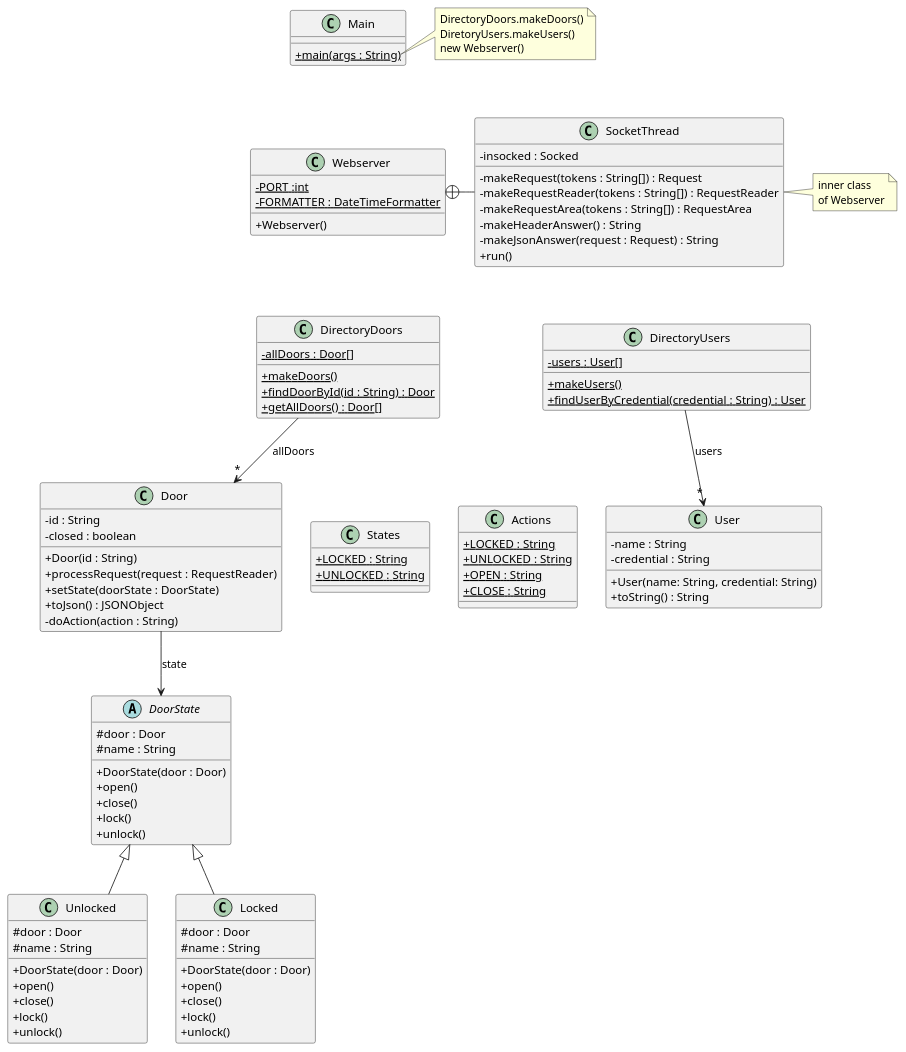
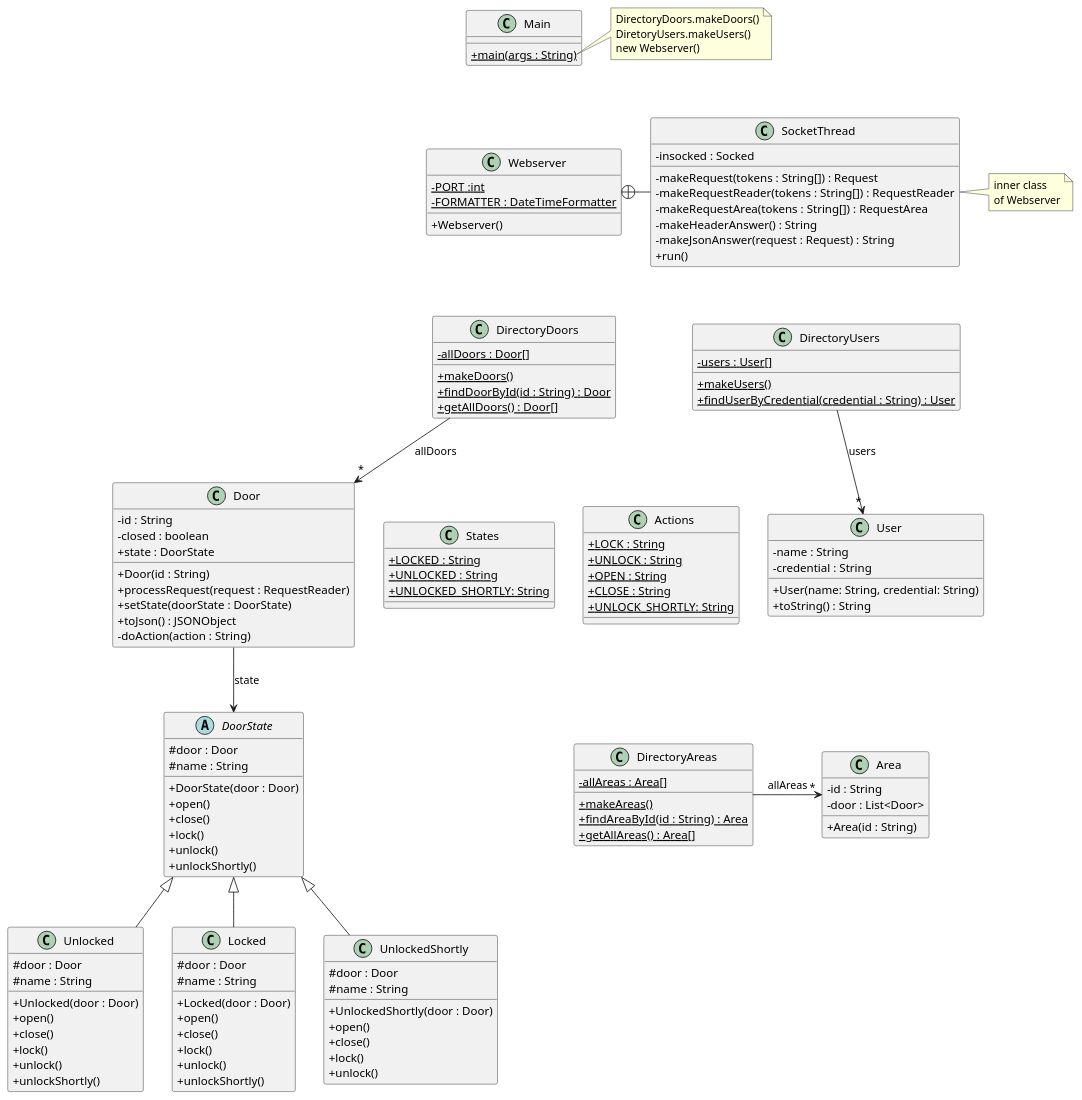
One commit to MC4MP02/ACS changed the diagram in src/baseNoStates/uml/base_no_states.puml. Above: the diagram before and after it, drawn with PlantUML. The commit also changed 1 other file, not shown here.

```diff
--- a/src/baseNoStates/uml/base_no_states.puml
+++ b/src/baseNoStates/uml/base_no_states.puml
@@ -1,125 +1,164 @@
 @startuml
 'https://plantuml.com/class-diagram
 skinparam classAttributeIconSize 0
 
 class Webserver {
 - {static} PORT :int
 - {static} FORMATTER : DateTimeFormatter
 + Webserver()
 }
 
 class SocketThread {
 - insocked : Socked
 - makeRequest(tokens : String[]) : Request
 - makeRequestReader(tokens : String[]) : RequestReader
 - makeRequestArea(tokens : String[]) : RequestArea
 - makeHeaderAnswer() : String
 - makeJsonAnswer(request : Request) : String
 + run()
 }
 
 Webserver +-right- SocketThread
 
 note right of SocketThread
 inner class
 of Webserver
 end note
 
 class DirectoryDoors {
 - {static} allDoors : Door[]
 + {static} makeDoors()
 + {static} findDoorById(id : String) : Door
 + {static} getAllDoors() : Door[]
 }
 
 DirectoryDoors --> "*" Door : "allDoors"
 
 class DirectoryUsers {
 - {static} users : User[]
 + {static} makeUsers()
 + {static} findUserByCredential(credential : String) : User
 }
 
 DirectoryUsers --> "*" User : "users"
 
 class Door {
 - id : String
 - closed : boolean
++ state : DoorState
 + Door(id : String)
 + processRequest(request : RequestReader)
 + setState(doorState : DoorState)
 + toJson() : JSONObject
 '+ toString() : String
 '+ isClosed() :boolean
 '+ setClosed(b : boolean)
 '+ getStateName() : String
 - doAction(action : String)
 }
 
 abstract class DoorState{
 #door : Door
 #name : String
 + DoorState(door : Door)
 + open()
 + close()
 + lock()
 + unlock()
++ unlockShortly()
+'+ setName(name : String)
+'+ getName() : String
 }
 
 class Unlocked extends DoorState {
 #door : Door
 #name : String
-+ DoorState(door : Door)
++ Unlocked(door : Door)
 + open()
 + close()
 + lock()
 + unlock()
++ unlockShortly()
 }
 
 class Locked extends DoorState {
 #door : Door
 #name : String
-+ DoorState(door : Door)
++ Locked(door : Door)
++ open()
++ close()
++ lock()
++ unlock()
++ unlockShortly()
+}
+
+class UnlockedShortly extends DoorState {
+#door : Door
+#name : String
++ UnlockedShortly(door : Door)
 + open()
 + close()
 + lock()
 + unlock()
 }
 
 class States {
 + {static} LOCKED : String
 + {static} UNLOCKED : String
++ {static} UNLOCKED_SHORTLY: String
 }
 
 class Actions {
-+ {static} LOCKED : String
-+ {static} UNLOCKED : String
++ {static} LOCK : String
++ {static} UNLOCK : String
 + {static} OPEN : String
 + {static} CLOSE : String
++ {static} UNLOCK_SHORTLY: String
 }
 
 class User {
 - name : String
 - credential : String
 + User(name: String, credential: String)
 + toString() : String
 }
+
+
+class Area {
+- id : String
+- door : List<Door>
++ Area(id : String)
+'+ getId() : String
+}
+
+
+
+class DirectoryAreas {
+- {static} allAreas : Area[]
++ {static} makeAreas()
++ {static} findAreaById(id : String) : Area
++ {static} getAllAreas() : Area[]
+}
+
+DirectoryAreas --> "*" Area : "allAreas"
 
 
 class Main {
 + {static} main(args : String)
 }
 
 note right of Main::main
 DirectoryDoors.makeDoors()
 DiretoryUsers.makeUsers()
 new Webserver()
 end note
 
+DirectoryAreas -[hidden]right- Area
+Area -[hidden]up- User
 Main -[hidden]down- Webserver
 Webserver -[hidden]down- DirectoryDoors
 DirectoryDoors -[hidden]right- DirectoryUsers
 Door -down-> DoorState : state
 Door -[hidden]right- States
 States -[hidden]right- Actions
 @enduml
```
